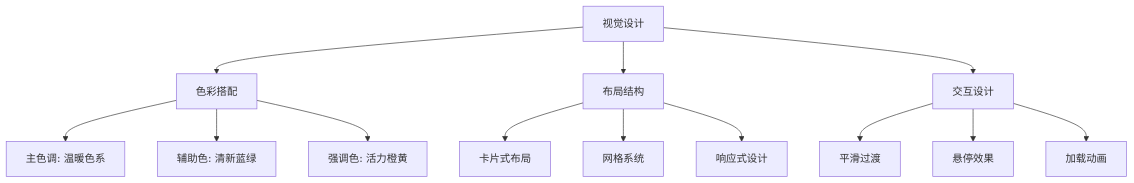
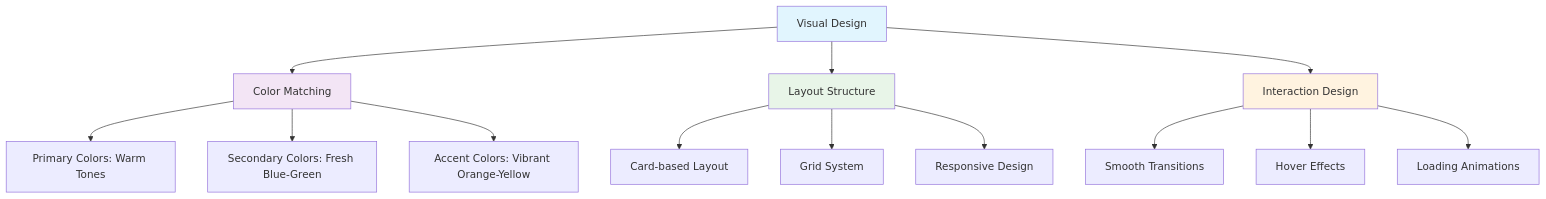
One commit to ChanMeng666/ai-programming-teaching-project changed the first of 6 diagrams in versioned_docs/version-2024-winter/advanced/cases/sasa-project.mdx. Above: the diagram before and after it, drawn with Mermaid. The commit also changed other lines of this file and 472 other files, not shown here.

````diff
--- a/versioned_docs/version-2024-winter/advanced/cases/sasa-project.mdx
+++ b/versioned_docs/version-2024-winter/advanced/cases/sasa-project.mdx
@@ -54,18 +54,23 @@
 ```mermaid
 graph TD
-    A[视觉设计] --> B[色彩搭配]
-    A --> C[布局结构]
-    A --> D[交互设计]
-    
-    B --> B1[主色调: 温暖色系]
-    B --> B2[辅助色: 清新蓝绿]
-    B --> B3[强调色: 活力橙黄]
-    
-    C --> C1[卡片式布局]
-    C --> C2[网格系统]
-    C --> C3[响应式设计]
-    
-    D --> D1[平滑过渡]
-    D --> D2[悬停效果]
-    D --> D3[加载动画]
+    A[Visual Design] --> B[Color Matching]
+    A --> C[Layout Structure]
+    A --> D[Interaction Design]
+
+    B --> B1[Primary Colors: Warm Tones]
+    B --> B2[Secondary Colors: Fresh Blue-Green]
+    B --> B3[Accent Colors: Vibrant Orange-Yellow]
+
+    C --> C1[Card-based Layout]
+    C --> C2[Grid System]
+    C --> C3[Responsive Design]
+
+    D --> D1[Smooth Transitions]
+    D --> D2[Hover Effects]
+    D --> D3[Loading Animations]
+
+    style A fill:#e1f5fe
+    style B fill:#f3e5f5
+    style C fill:#e8f5e8
+    style D fill:#fff3e0
 ```
````
